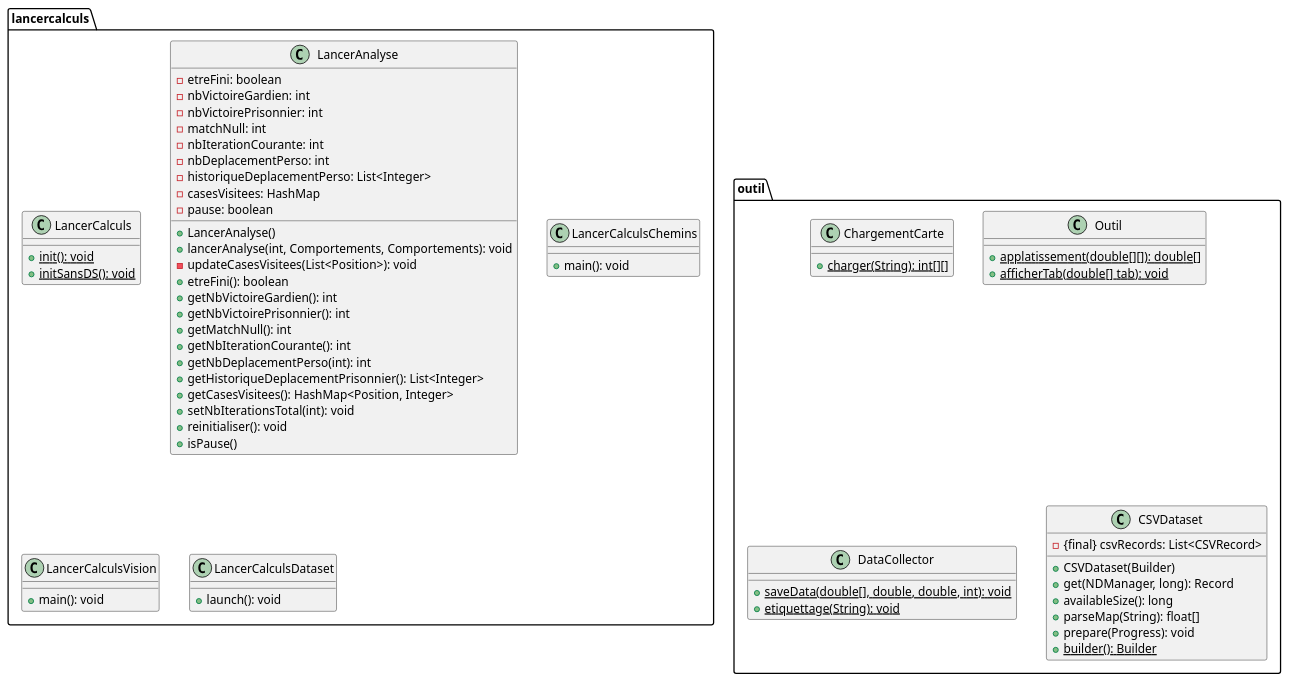
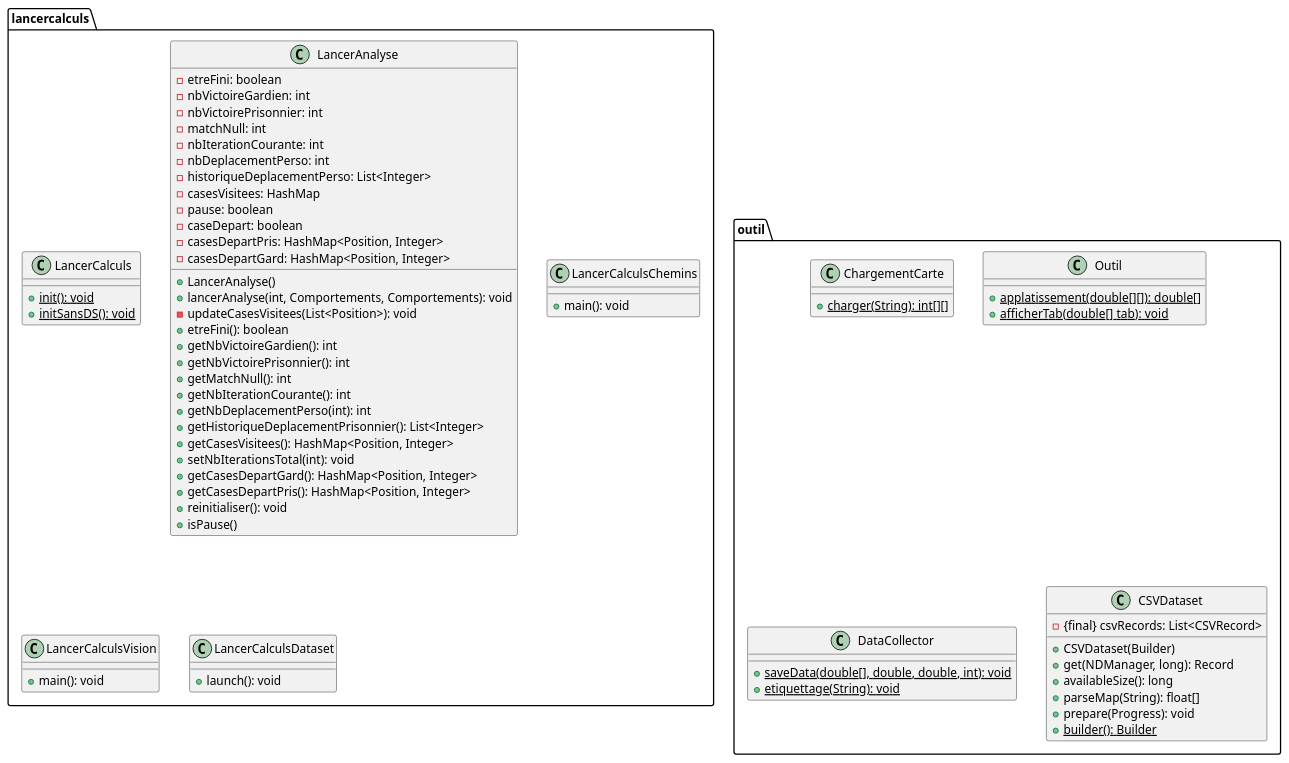
Before and after one commit to celie-ponroy/projet_tutore_amaglio_bitsindou_dechezlepretre_ponroy_RAIL2: the diagram in projet_tut_poursuite-evasion/code_diag_class/diagClassPart3.puml, drawn with PlantUML. The commit also changed 8 other files, not shown here.

```diff
--- a/projet_tut_poursuite-evasion/code_diag_class/diagClassPart3.puml
+++ b/projet_tut_poursuite-evasion/code_diag_class/diagClassPart3.puml
@@ -1,66 +1,71 @@
 @startuml
 
 package "lancercalculs"{
   class LancerCalculs{
     + {static} init(): void
     + {static} initSansDS(): void
   }
   class LancerAnalyse{
     - etreFini: boolean
     - nbVictoireGardien: int
     - nbVictoirePrisonnier: int
     - matchNull: int
     - nbIterationCourante: int
     - nbDeplacementPerso: int
     - historiqueDeplacementPerso: List<Integer>
     - casesVisitees: HashMap
     - pause: boolean
+    - caseDepart: boolean
+    - casesDepartPris: HashMap<Position, Integer>
+    - casesDepartGard: HashMap<Position, Integer>
     + LancerAnalyse()
     + lancerAnalyse(int, Comportements, Comportements): void
     - updateCasesVisitees(List<Position>): void
     + etreFini(): boolean
     + getNbVictoireGardien(): int
     + getNbVictoirePrisonnier(): int
     + getMatchNull(): int
     + getNbIterationCourante(): int
     + getNbDeplacementPerso(int): int
     + getHistoriqueDeplacementPrisonnier(): List<Integer>
     + getCasesVisitees(): HashMap<Position, Integer>
     + setNbIterationsTotal(int): void
+    + getCasesDepartGard(): HashMap<Position, Integer>
+    + getCasesDepartPris(): HashMap<Position, Integer>
     + reinitialiser(): void
     + isPause()
   }
   class LancerCalculsChemins{
     + main(): void
   }
   class LancerCalculsVision{
       + main(): void
   }
   class LancerCalculsDataset{
         + launch(): void
   }
 }
 package "outil"{
     class ChargementCarte{
         + {static} charger(String): int[][]
     }
     class Outil{
       + {static} applatissement(double[][]): double[]
       + {static} afficherTab(double[] tab): void
     }
     class DataCollector{
         + {static} saveData(double[], double, double, int): void
         + {static} etiquettage(String): void
     }
     class CSVDataset{
         - {final} csvRecords: List<CSVRecord>
         + CSVDataset(Builder)
         + get(NDManager, long): Record
         + availableSize(): long
         + parseMap(String): float[]
         + prepare(Progress): void
         + {static} builder(): Builder
     }
 }
 
 @enduml
```
